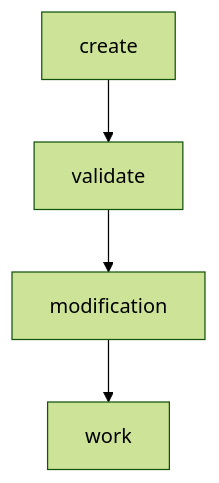
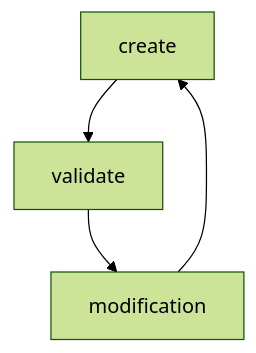
Before and after one commit to CloudSecurityAlliance/CSA-AI-Toolkit: the diagram in README.md, drawn with Mermaid (forest theme).

````diff
--- a/README.md
+++ b/README.md
@@ -56,6 +56,6 @@
 ```mermaid
  graph TD;
   create-->validate;
   validate-->modification;
-  modification-->work;
+  modification-->create;
 ```
````
